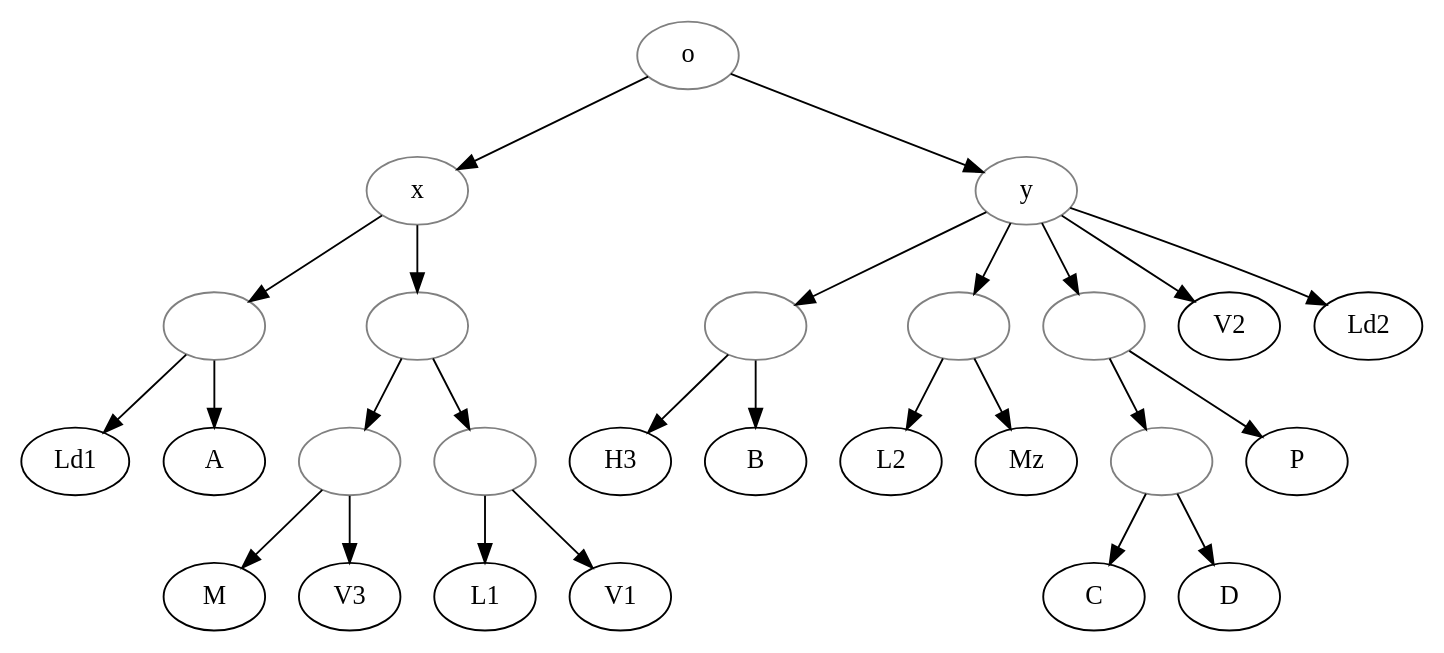
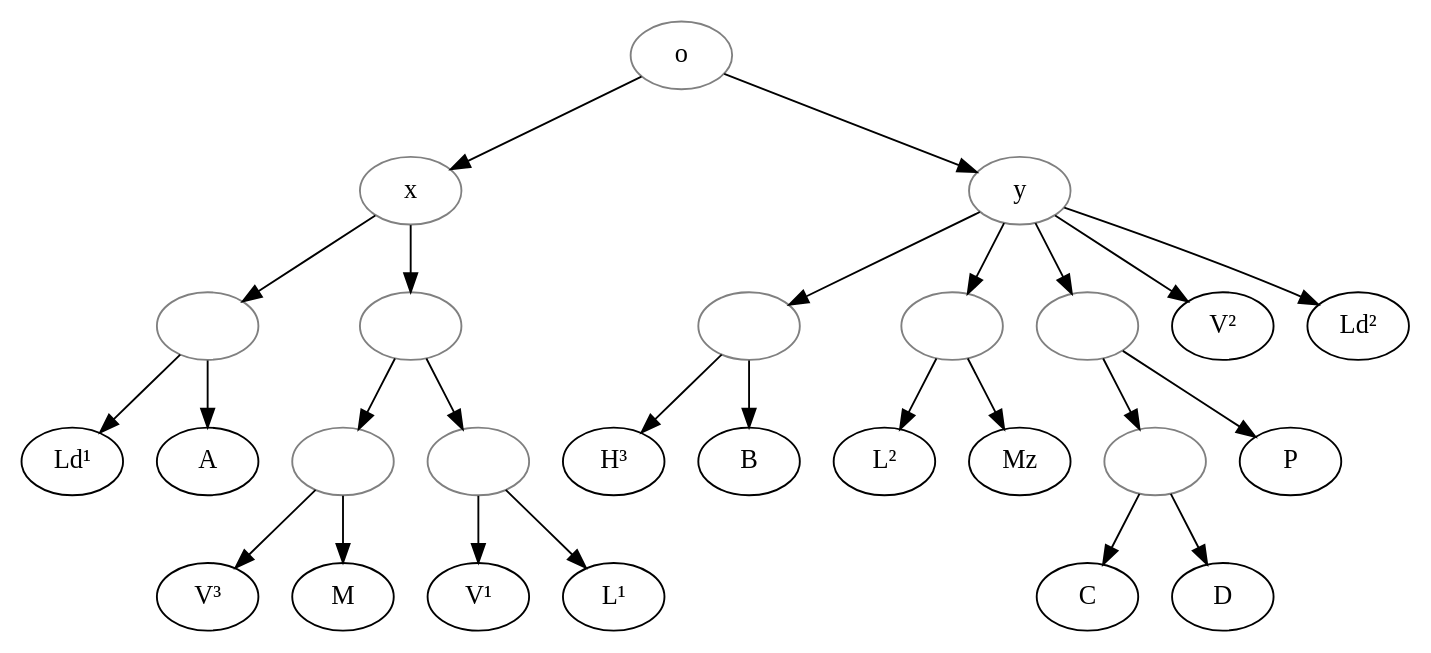
Before and after one commit to OpenStemmata/database: the diagram in data/fro/Korte_1914_RenMont5/stemma.gv, drawn with Graphviz. The commit also changed 11 other files, not shown here.

```diff
--- a/data/fro/Korte_1914_RenMont5/stemma.gv
+++ b/data/fro/Korte_1914_RenMont5/stemma.gv
@@ -1,41 +1,49 @@
 digraph {
 
     o[color="grey"];
     x[color="grey"];
     y[color="grey"];
     1[color="grey", label=""];
     2[color="grey", label=""];
     3[color="grey", label=""];
     4[color="grey", label=""];
     5[color="grey", label=""];
     6[color="grey", label=""];
     7[color="grey", label=""];
     8[color="grey", label=""];
+    H3[label="H³"];
+    V1[label="V¹"];
+    V2[label="V²"];
+    V3[label="V³"];
+    L1[label="L¹"];
+    L2[label="L²"];
+    Ld1[label="Ld¹"];
+    Ld2[label="Ld²"];
 
     o->y;
     y->1;
     1->H3;
     1->B;
     y->2;
     2->L2;
     2->Mz;
     y->V2;
     y->Ld2;
     y->3;
     3->P;
     3->4;
     4->C;
     4->D;
     o->x;
     x->5;
     5->Ld1;
     5->A;
     x->6;
     6->7;
     7->M;
     7->V3;
     6->8;
     8->L1;
     8->V1;
     
 }
```
